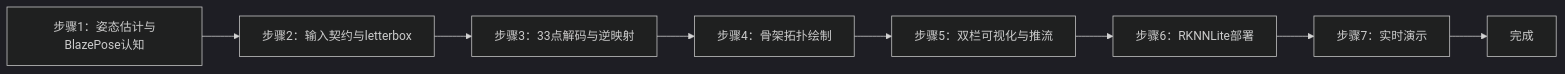
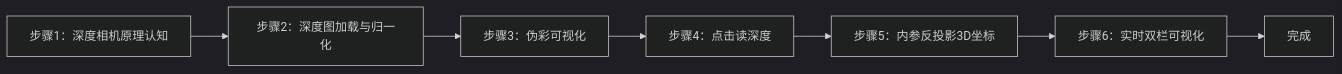
The first of 7 diagrams in courses/sheet1/robot_vision/_parts/experiment-10.md (aibittek/course_generate_agent), drawn with Mermaid (dark theme) before and after one commit. The commit also changed other lines of this file and 98 other files, not shown here.

````diff
--- a/courses/sheet1/robot_vision/_parts/experiment-10.md
+++ b/courses/sheet1/robot_vision/_parts/experiment-10.md
@@ -82,10 +85,9 @@
 ```mermaid
 graph LR
-    A[步骤1：姿态估计与BlazePose认知] --> B[步骤2：输入契约与letterbox]
-    B --> C[步骤3：33点解码与逆映射]
-    C --> D[步骤4：骨架拓扑绘制]
-    D --> E[步骤5：双栏可视化与推流]
-    E --> F[步骤6：RKNNLite部署]
-    F --> G[步骤7：实时演示]
-    G --> H[完成]
+    A[步骤1：深度相机原理认知] --> B[步骤2：深度图加载与归一化]
+    B --> C[步骤3：伪彩可视化]
+    C --> D[步骤4：点击读深度]
+    D --> E[步骤5：内参反投影3D坐标]
+    E --> F[步骤6：实时双栏可视化]
+    F --> G[完成]
 ```
````
